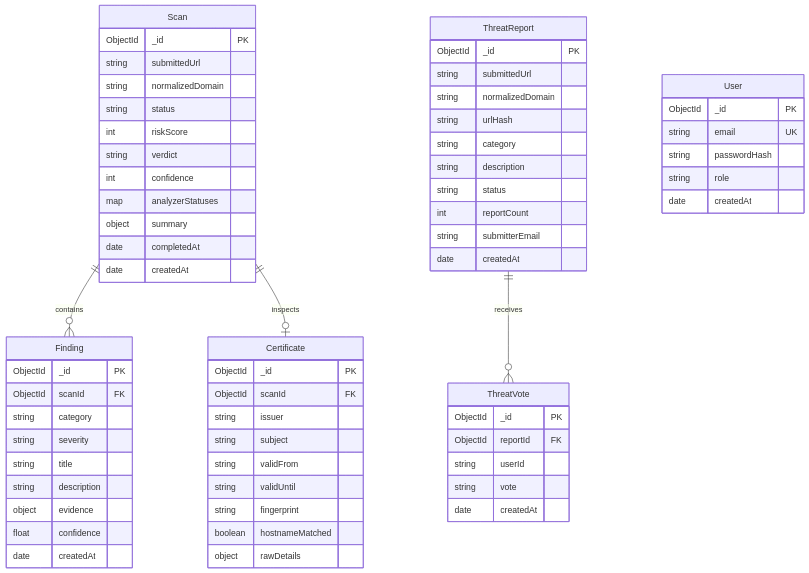
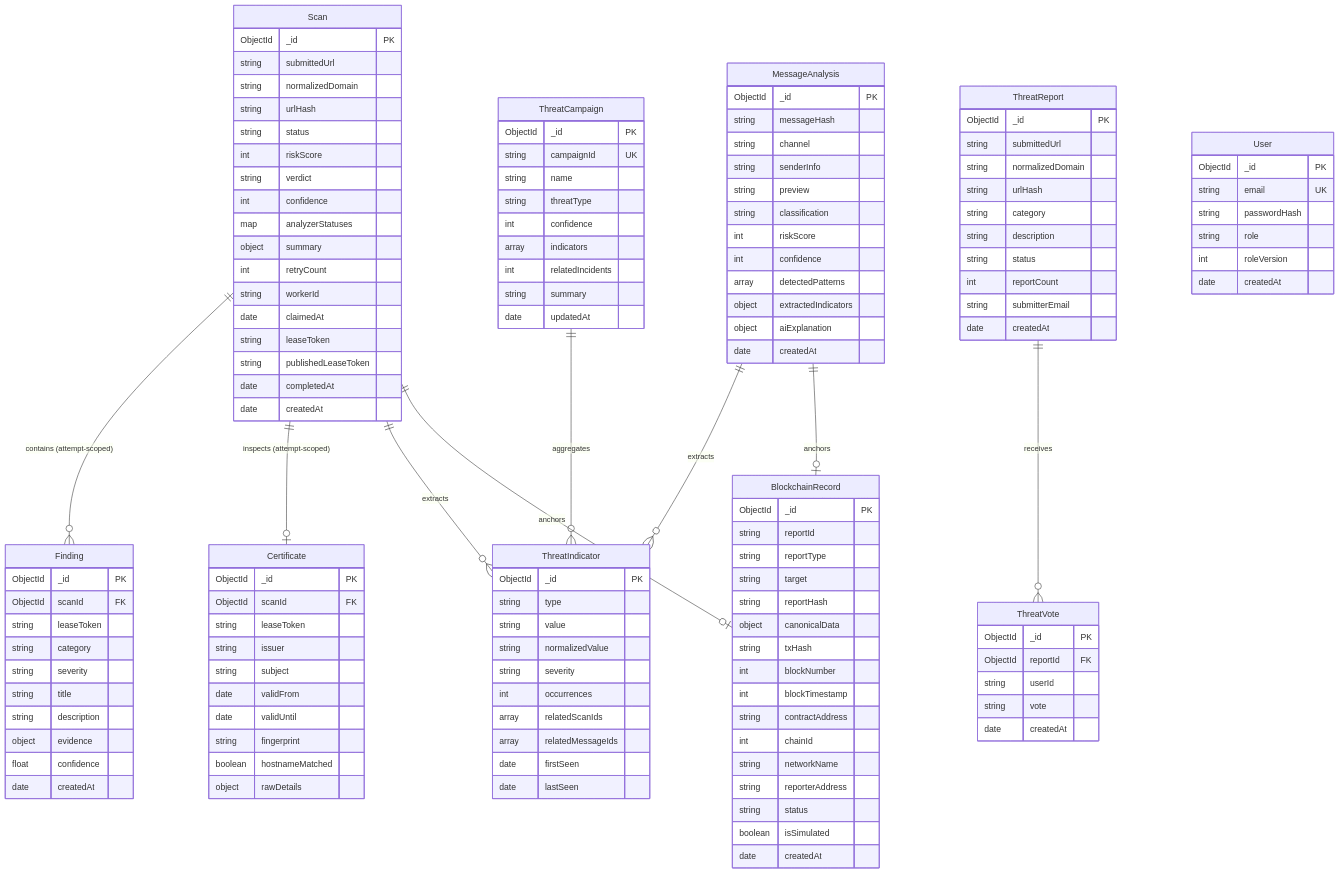
The diagram in docs/DATABASE.md (Tushardevx01/SENTRIX), drawn with Mermaid before and after one commit. The commit also changed other lines of this file and 12 other files, not shown here.

````diff
--- a/docs/DATABASE.md
+++ b/docs/DATABASE.md
@@ -9,19 +11,32 @@
 ```mermaid
 erDiagram
-    Scan ||--o{ Finding : "contains"
-    Scan ||--o| Certificate : "inspects"
+    Scan ||--o{ Finding : "contains (attempt-scoped)"
+    Scan ||--o| Certificate : "inspects (attempt-scoped)"
     ThreatReport ||--o{ ThreatVote : "receives"
+    
+    Scan ||--o{ ThreatIndicator : "extracts"
+    MessageAnalysis ||--o{ ThreatIndicator : "extracts"
+    ThreatCampaign ||--o{ ThreatIndicator : "aggregates"
+    
+    Scan ||--o| BlockchainRecord : "anchors"
+    MessageAnalysis ||--o| BlockchainRecord : "anchors"
 
     Scan {
         ObjectId _id PK
         string submittedUrl
         string normalizedDomain
+        string urlHash
         string status
         int riskScore
         string verdict
         int confidence
         map analyzerStatuses
         object summary
+        int retryCount
+        string workerId
+        date claimedAt
+        string leaseToken
+        string publishedLeaseToken
         date completedAt
         date createdAt
     }
@@ -29,6 +44,7 @@
     Finding {
         ObjectId _id PK
         ObjectId scanId FK
+        string leaseToken
         string category
         string severity
         string title
@@ -41,13 +57,82 @@
     Certificate {
         ObjectId _id PK
         ObjectId scanId FK
+        string leaseToken
         string issuer
         string subject
-        string validFrom
-        string validUntil
+        date validFrom
+        date validUntil
         string fingerprint
         boolean hostnameMatched
         object rawDetails
+    }
+
+    MessageAnalysis {
+        ObjectId _id PK
+        string messageHash
+        string channel
+        string senderInfo
+        string preview
+        string classification
+        int riskScore
+        int confidence
+        array detectedPatterns
+        object extractedIndicators
+        object aiExplanation
+        date createdAt
+    }
+
+    ThreatIndicator {
+        ObjectId _id PK
+        string type
+        string value
+        string normalizedValue
+        string severity
+        int occurrences
+        array relatedScanIds
+        array relatedMessageIds
+        date firstSeen
+        date lastSeen
+    }
+
+    ThreatCampaign {
+        ObjectId _id PK
+        string campaignId UK
+        string name
+        string threatType
+        int confidence
+        array indicators
+        int relatedIncidents
+        string summary
+        date updatedAt
+    }
+
+    BlockchainRecord {
+        ObjectId _id PK
+        string reportId
+        string reportType
+        string target
+        string reportHash
+        object canonicalData
+        string txHash
+        int blockNumber
+        int blockTimestamp
+        string contractAddress
+        int chainId
+        string networkName
+        string reporterAddress
+        string status
+        boolean isSimulated
+        date createdAt
+    }
+
+    User {
+        ObjectId _id PK
+        string email UK
+        string passwordHash
+        string role
+        int roleVersion
+        date createdAt
     }
 
     ThreatReport {
@@ -70,12 +155,4 @@
         string vote
         date createdAt
     }
-
-    User {
-        ObjectId _id PK
-        string email UK
-        string passwordHash
-        string role
-        date createdAt
-    }
 ```
````
